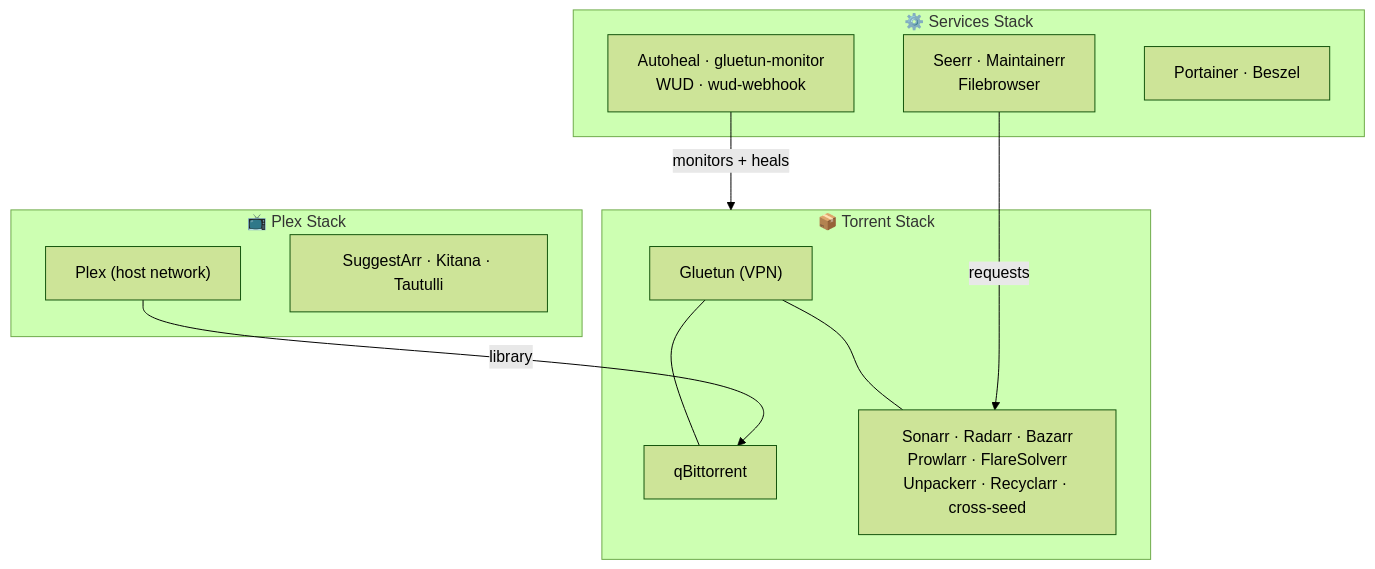
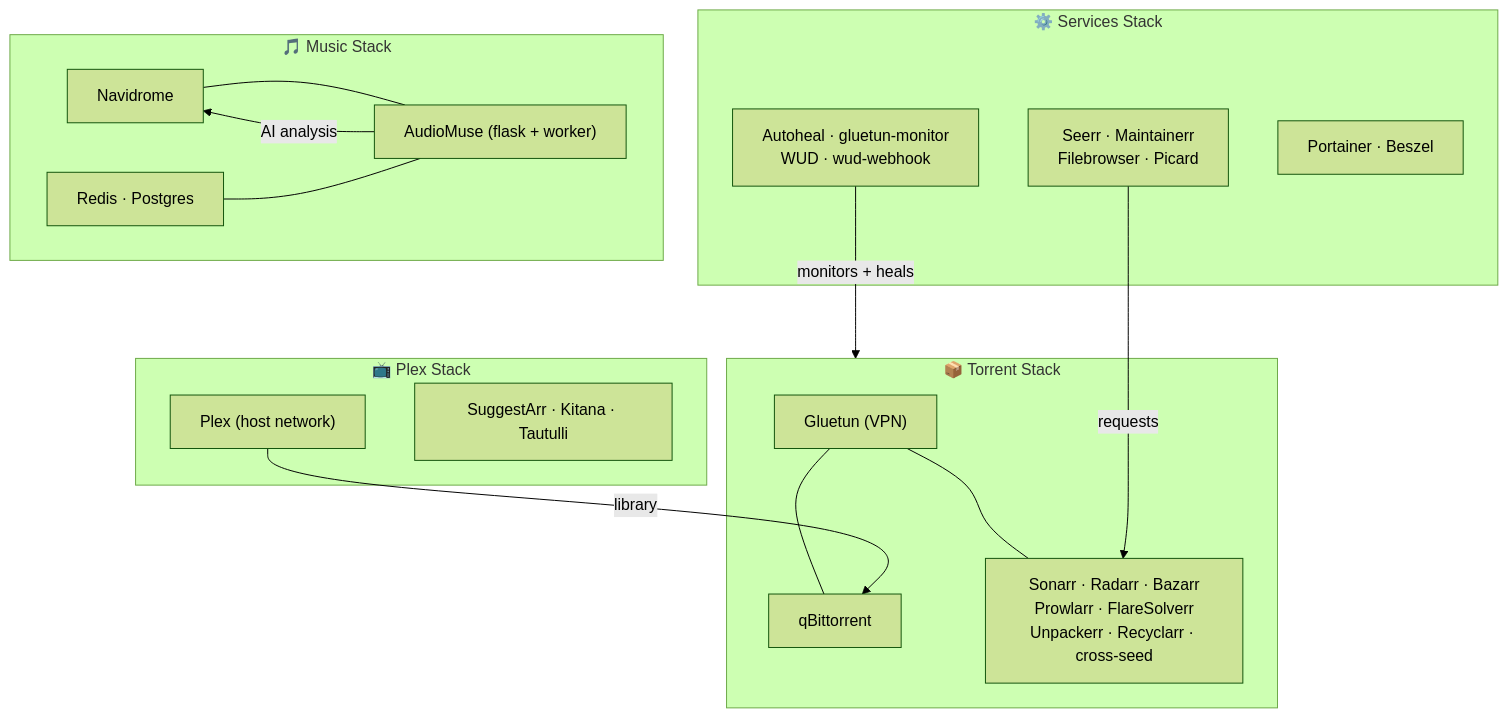
The diagram in README.md (ZisisKostakakis/homelab-media), drawn with Mermaid (forest theme) before and after one commit. The commit also changed other lines of this file and 1 other file, not shown here.

First line of the commit message:
docs: update README and ARCHITECTURE for music stack

````diff
--- a/README.md
+++ b/README.md
@@ -34,24 +34,33 @@
 ```mermaid
 graph TB
     subgraph TORRENT["📦 Torrent Stack"]
         GL["Gluetun (VPN)"]
         QB["qBittorrent"]
         ARR["Sonarr · Radarr · Bazarr\nProwlarr · FlareSolverr\nUnpackerr · Recyclarr · cross-seed"]
         GL --- QB & ARR
     end
 
     subgraph PLEX["📺 Plex Stack"]
         PX["Plex (host network)"]
         PS["SuggestArr · Kitana · Tautulli"]
     end
 
     subgraph SERVICES["⚙️ Services Stack"]
-        SR["Seerr · Maintainerr\nFilebrowser"]
+        SR["Seerr · Maintainerr\nFilebrowser · Picard"]
         SH["Autoheal · gluetun-monitor\nWUD · wud-webhook"]
         OPS["Portainer · Beszel"]
+    end
+
+    subgraph MUSIC["🎵 Music Stack"]
+        NAV["Navidrome"]
+        AM["AudioMuse (flask + worker)"]
+        DB["Redis · Postgres"]
+        NAV --- AM
+        DB --- AM
     end
 
     SR -->|"requests"| ARR
     PX -->|"library"| QB
     SH -->|"monitors + heals"| TORRENT
+    AM -->|"AI analysis"| NAV
 ```
````
